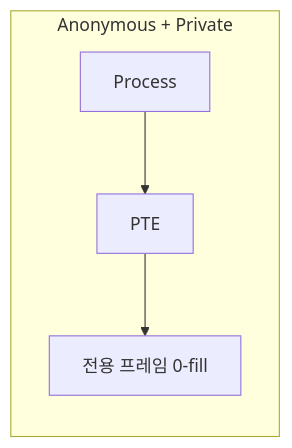
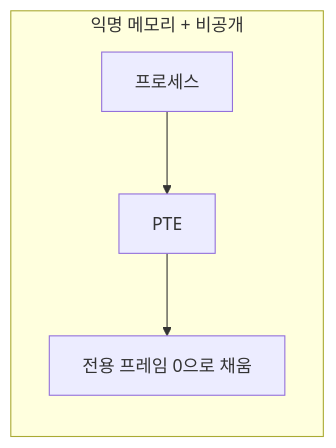
Before and after one commit to Jungle-12-303/wk07_6: the third of 4 diagrams in docs/blog/concepts/14-mmap-four-combinations.md, drawn with Mermaid. The commit also changed other lines of this file and 26 other files, not shown here.

First line of the commit message:
docs: 블로그 소제목·Mermaid·ASCII 박스 가독성 정비

````diff
--- a/docs/blog/concepts/14-mmap-four-combinations.md
+++ b/docs/blog/concepts/14-mmap-four-combinations.md
@@ -81,7 +81,7 @@
 ```mermaid
 flowchart LR
-    subgraph AP["Anonymous + Private"]
-        H1[Process] --> PT3[PTE]
-        PT3 --> FR2[전용 프레임 0-fill]
+    subgraph AP["익명 메모리 + 비공개"]
+        H1[프로세스] --> PT3[PTE]
+        PT3 --> FR2[전용 프레임 0으로 채움]
     end
 ```
````
